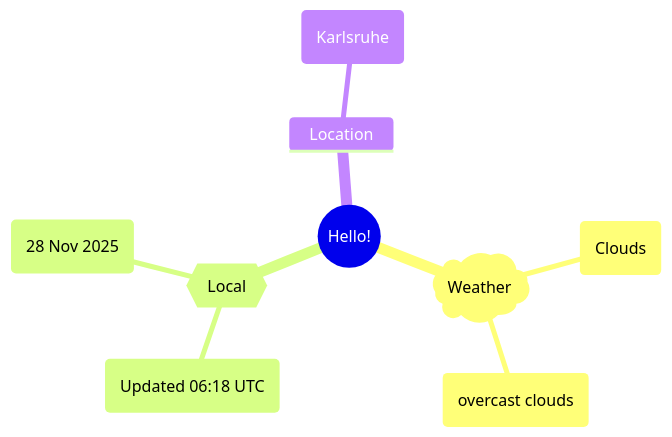
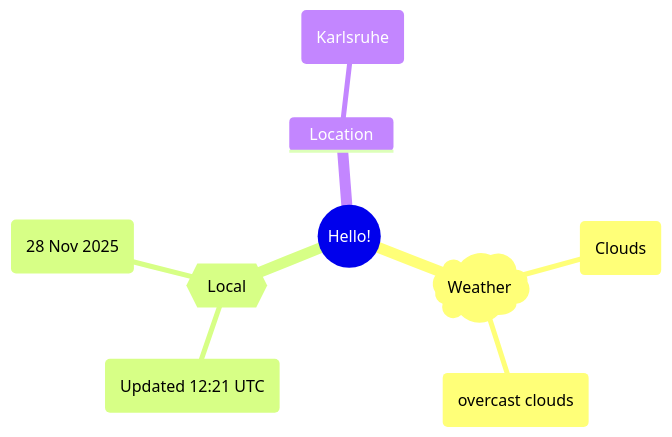
Before and after one commit to Xosrov/Xosrov: the first of 2 diagrams in README.md, drawn with Mermaid.

Commit message:
[bot] updated images

````diff
--- a/README.md
+++ b/README.md
@@ -3,12 +3,12 @@
 ```mermaid
 mindmap
   root((Hello!))
     )Weather(
         (Clouds)
         (overcast clouds)
     {{Local}}
-        (Updated 06:18 UTC)
+        (Updated 12:21 UTC)
         (28 Nov 2025)
     Location
         (Karlsruhe)
 ```
````
